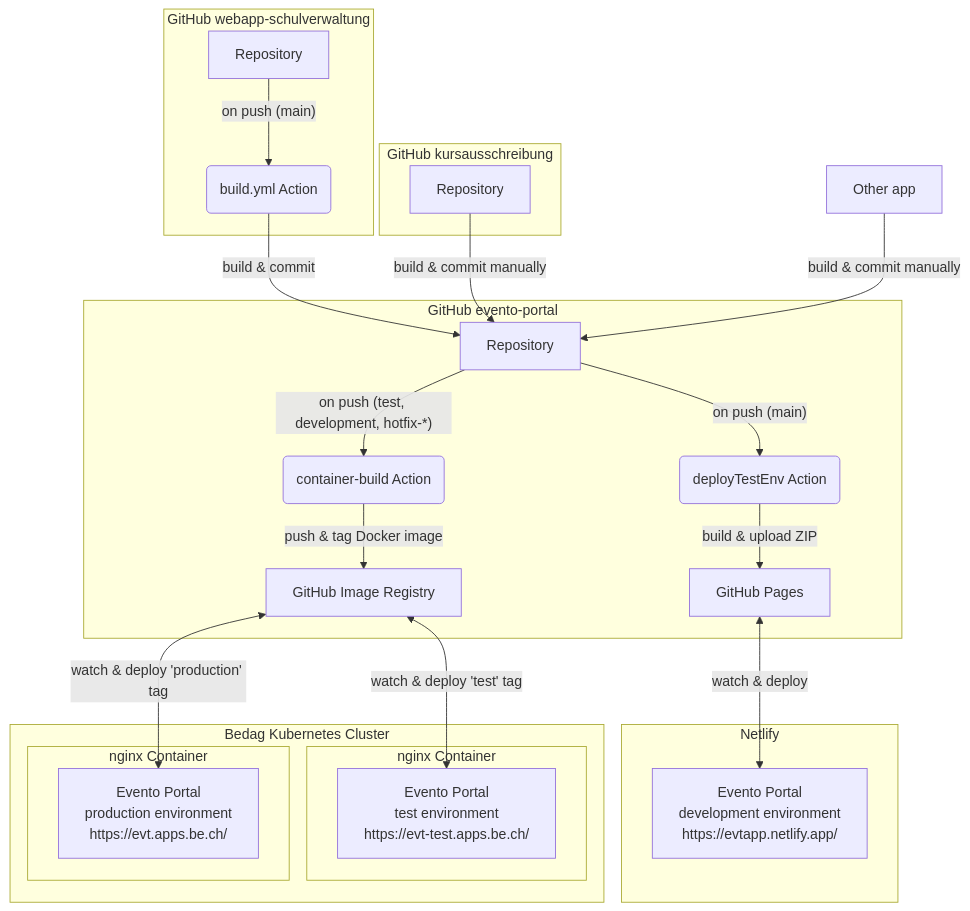
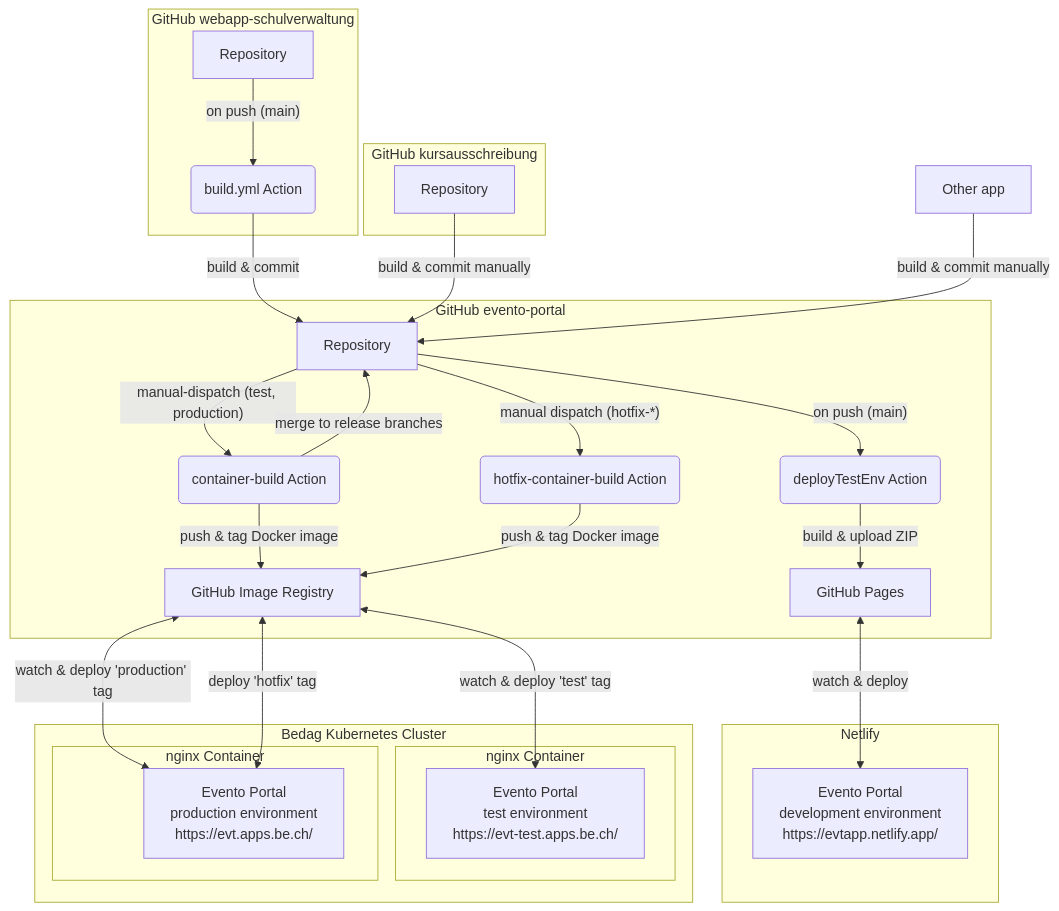
The sixth of 6 diagrams in doc/sad.md (bkd-mba-fbi/evento-portal), drawn with Mermaid before and after one commit. The commit also changed other lines of this file and 10 other files, not shown here.

````diff
--- a/doc/sad.md
+++ b/doc/sad.md
@@ -368,56 +368,61 @@
 ```mermaid
 graph TD
   other["Other app"]
 
   subgraph github-schulverwaltung["GitHub webapp-schulverwaltung"]
     schulverwaltung["Repository"]
     schulverwaltungAction("build.yml Action")
   end
 
+  subgraph github-kursausschreibung["GitHub kursausschreibung"]
+    kursausschreibung["Repository"]
+  end
+
   subgraph github-portal["GitHub evento-portal"]
     portal["Repository"]
     pages["GitHub Pages"]
     registry["GitHub Image Registry"]
 
     action-netlify("deployTestEnv Action")
     action-container("container-build Action")
-  end
-
-  subgraph github-kursausschreibung["GitHub kursausschreibung"]
-    kursausschreibung["Repository"]
+    action-hotfix-container("hotfix-container-build Action")
   end
 
   subgraph provider-netlify["Netlify"]
     netlify["Evento Portal
     development environment
     https://evtapp.netlify.app/"]
   end
 
   subgraph provider-bedag["Bedag Kubernetes Cluster"]
     subgraph container-test["nginx Container"]
       test["Evento Portal
       test environment
       https://evt-test.apps.be.ch/"]
     end
     subgraph container-production["nginx Container"]
       production["Evento Portal
       production environment
       https://evt.apps.be.ch/"]
     end
   end
 
   schulverwaltung --> |"on push (main)"| schulverwaltungAction
   schulverwaltungAction --> |build & commit| portal
 
   kursausschreibung --> |build & commit manually| portal
   other --> |build & commit manually| portal
 
   portal --> |"on push (main)"| action-netlify
   action-netlify --> |"build & upload ZIP"| pages
   pages <--> |watch & deploy| netlify
 
-  portal --> |"on push (test, development, hotfix-*)"| action-container
+  portal --> |"manual-dispatch (test, production)"| action-container
+  portal --> |"manual dispatch (hotfix-*)"| action-hotfix-container
+  action-container --> |merge to release branches| portal
   action-container --> |push & tag Docker image| registry
+  action-hotfix-container --> |push & tag Docker image| registry
   registry <--> |watch & deploy 'test' tag| test
   registry <--> |watch & deploy 'production' tag| production
+  registry <--> |deploy 'hotfix' tag| production
 ```
````
